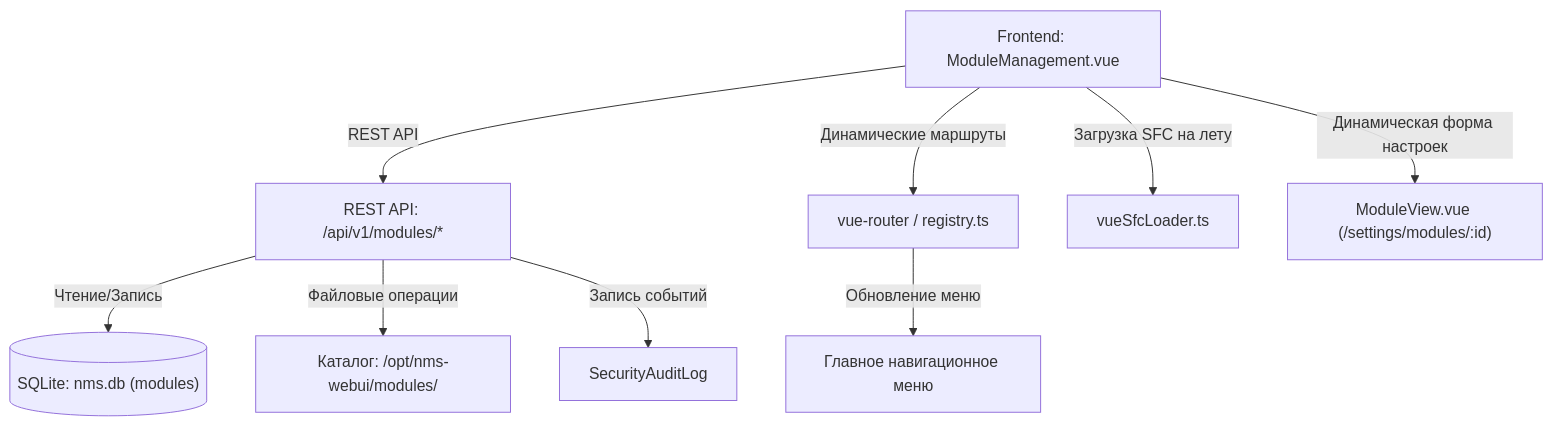
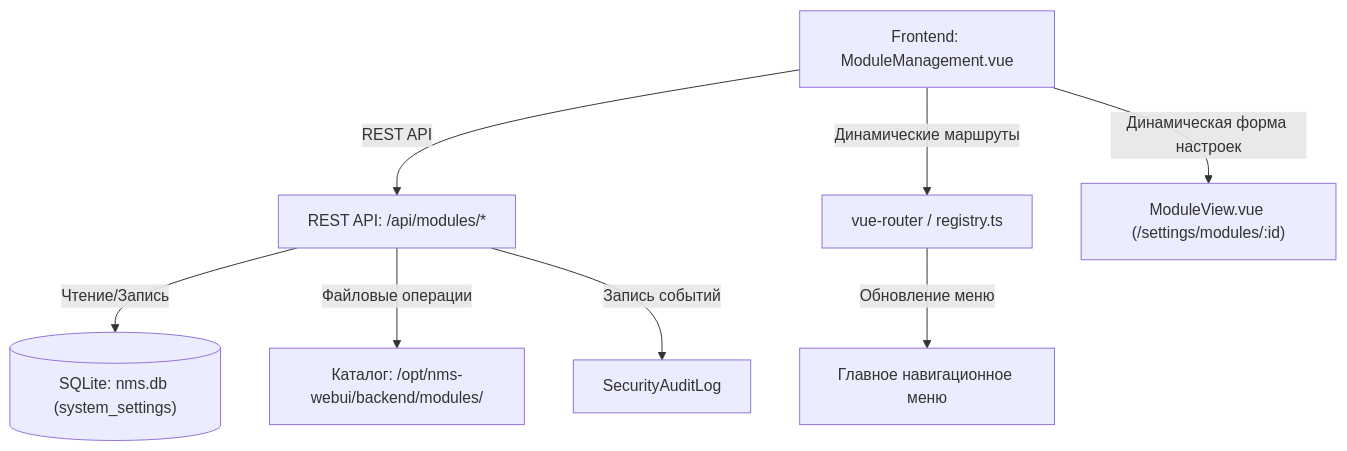
Before and after one commit to Apofixc/nms-webui: the diagram in docs/wiki/02-usage/02-modules-management.md, drawn with Mermaid. The commit also changed other lines of this file and 21 other files, not shown here.

````diff
--- a/docs/wiki/02-usage/02-modules-management.md
+++ b/docs/wiki/02-usage/02-modules-management.md
@@ -92,11 +92,10 @@
 ```mermaid
 graph TD
-    UI["Frontend: ModuleManagement.vue"] -->|REST API| API["REST API: /api/v1/modules/*"]
-    API -->|Чтение/Запись| DB[("SQLite: nms.db (modules)")]
-    API -->|Файловые операции| FS["Каталог: /opt/nms-webui/modules/"]
+    UI["Frontend: ModuleManagement.vue"] -->|REST API| API["REST API: /api/modules/*"]
+    API -->|Чтение/Запись| DB[("SQLite: nms.db (system_settings)")]
+    API -->|Файловые операции| FS["Каталог: /opt/nms-webui/backend/modules/"]
     API -->|Запись событий| Audit["SecurityAuditLog"]
     UI -->|Динамические маршруты| Router["vue-router / registry.ts"]
-    UI -->|Загрузка SFC на лету| Loader["vueSfcLoader.ts"]
     UI -->|Динамическая форма настроек| ModView["ModuleView.vue (/settings/modules/:id)"]
     Router -->|Обновление меню| SideBar["Главное навигационное меню"]
 ```
````
